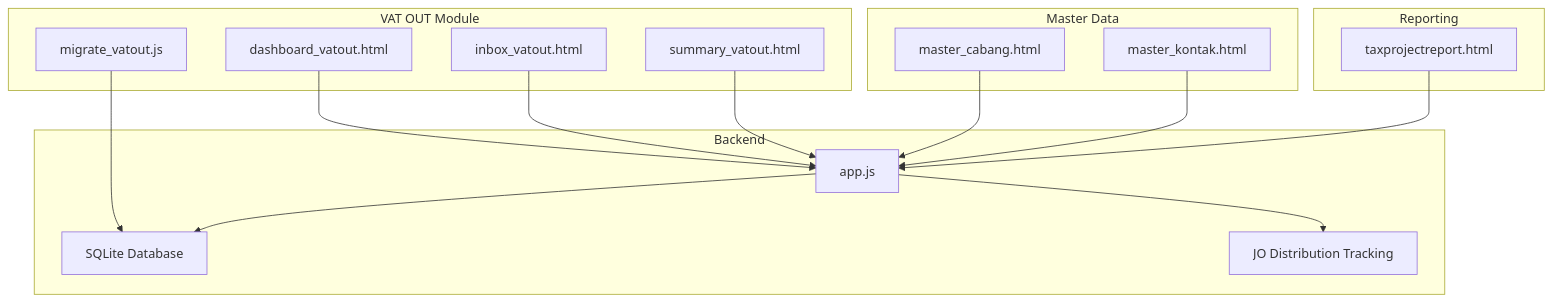
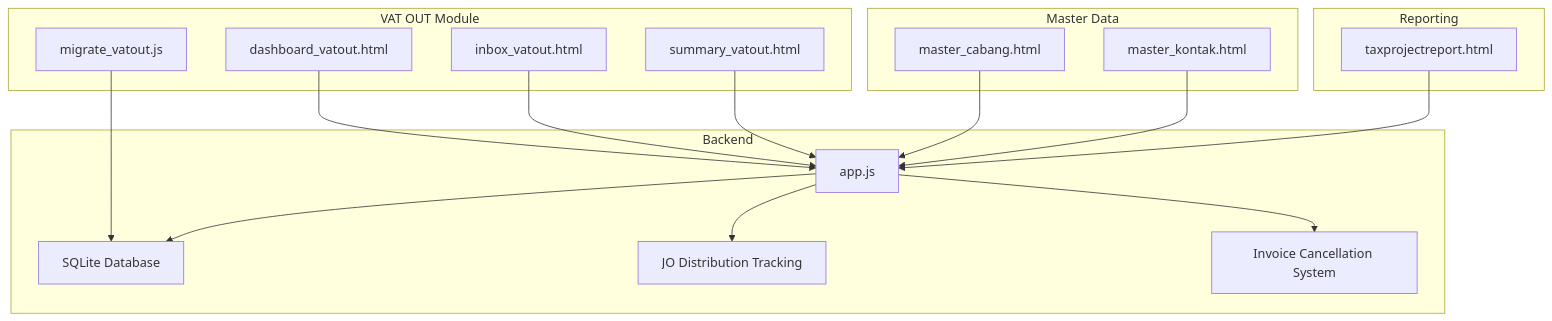
The first of 11 diagrams in .qoder/repowiki/en/content/VAT Management System/VAT Output (VAT OUT).md (rendisiagian/TDS_by_RENDISIAGIAN), drawn with Mermaid before and after one commit. The commit also changed other lines of this file and 38 other files, not shown here.

First line of the commit message:
feat(database): add invoice cancellation tracking and enhance JO member allocation

````diff
--- a/.qoder/repowiki/en/content/VAT Management System/VAT Output (VAT OUT).md
+++ b/.qoder/repowiki/en/content/VAT Management System/VAT Output (VAT OUT).md
@@ -43,30 +45,32 @@
 ```mermaid
 graph TB
 subgraph "VAT OUT Module"
 DSH["dashboard_vatout.html"]
 INBX["inbox_vatout.html"]
 SMRY["summary_vatout.html"]
 MIGR["migrate_vatout.js"]
 end
 subgraph "Backend"
 APP["app.js"]
 DB["SQLite Database"]
 JO_TRACK["JO Distribution Tracking"]
+CANCEL["Invoice Cancellation System"]
 end
 subgraph "Master Data"
 MC["master_cabang.html"]
 MK["master_kontak.html"]
 end
 subgraph "Reporting"
 TPR["taxprojectreport.html"]
 end
 DSH --> APP
 INBX --> APP
 SMRY --> APP
 MIGR --> DB
 APP --> DB
 APP --> JO_TRACK
+APP --> CANCEL
 MC --> APP
 MK --> APP
 TPR --> APP
 ```
````
